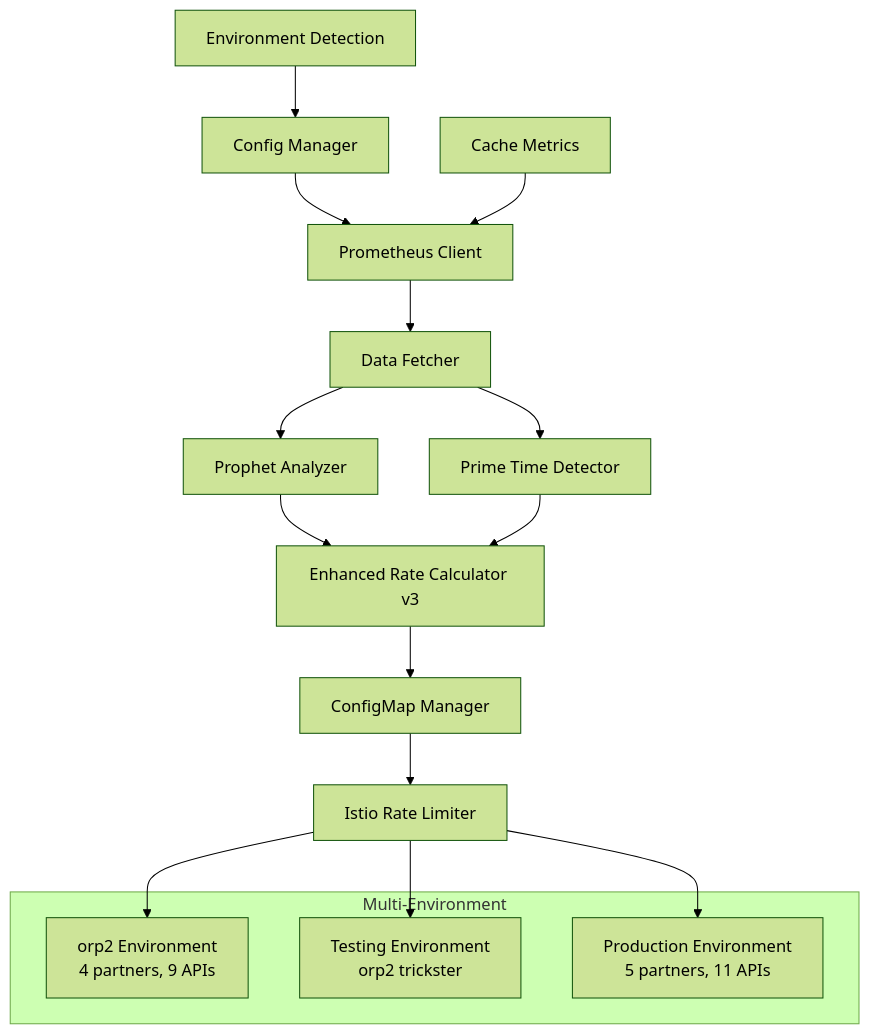
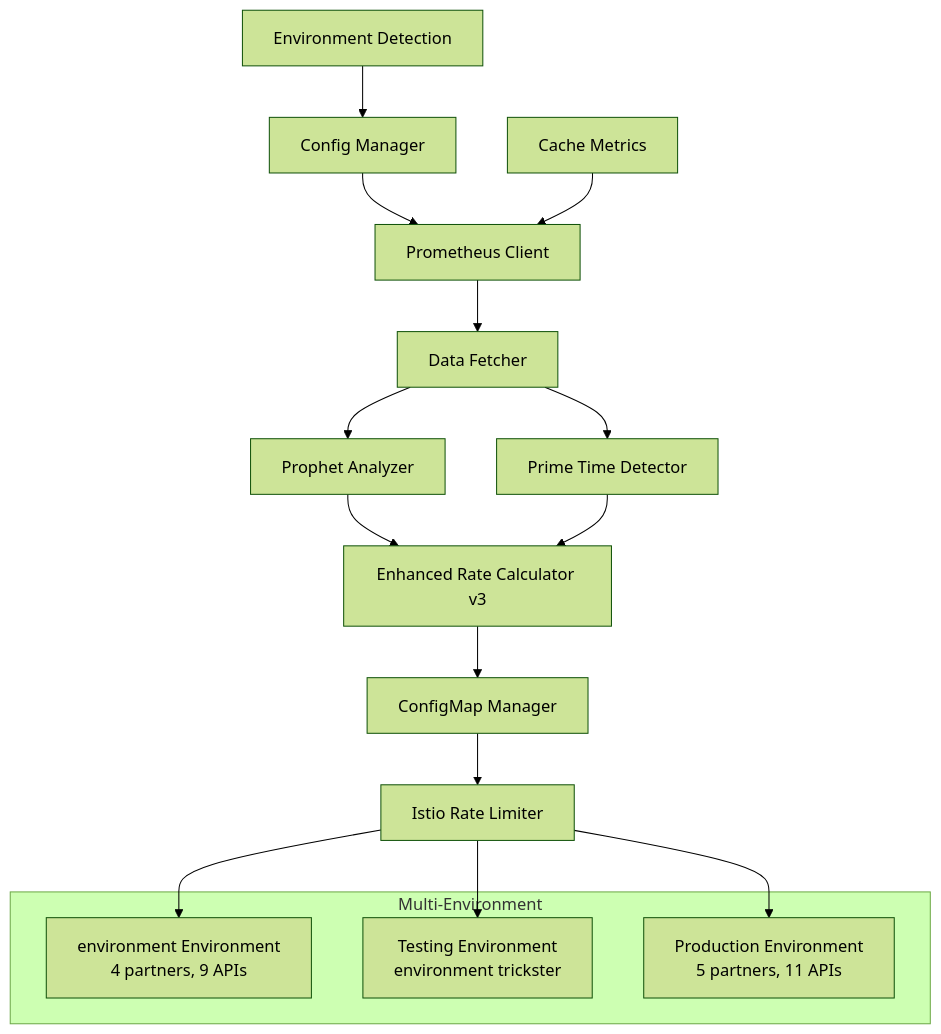
Before and after one commit to litansh/TrendMaster-AI: the diagram in adaptive_istio_rate_limit/README.md, drawn with Mermaid (forest theme). The commit also changed other lines of this file and 10 other files, not shown here.

````diff
--- a/adaptive_istio_rate_limit/README.md
+++ b/adaptive_istio_rate_limit/README.md
@@ -39,23 +39,23 @@
 ```mermaid
 graph TB
     A[Environment Detection] --> B[Config Manager]
     B --> C[Prometheus Client]
     D[Cache Metrics] --> C
     C --> E[Data Fetcher]
     E --> F[Prophet Analyzer]
     E --> G[Prime Time Detector]
     F --> H[Enhanced Rate Calculator v3]
     G --> H
     H --> I[ConfigMap Manager]
     I --> J[Istio Rate Limiter]
     
     subgraph "Multi-Environment"
-        K[orp2 Environment<br/>4 partners, 9 APIs]
-        L[Testing Environment<br/>orp2 trickster]
+        K[environment Environment<br/>4 partners, 9 APIs]
+        L[Testing Environment<br/>environment trickster]
         M[Production Environment<br/>5 partners, 11 APIs]
     end
     
     J --> K
     J --> L
     J --> M
 ```
````
